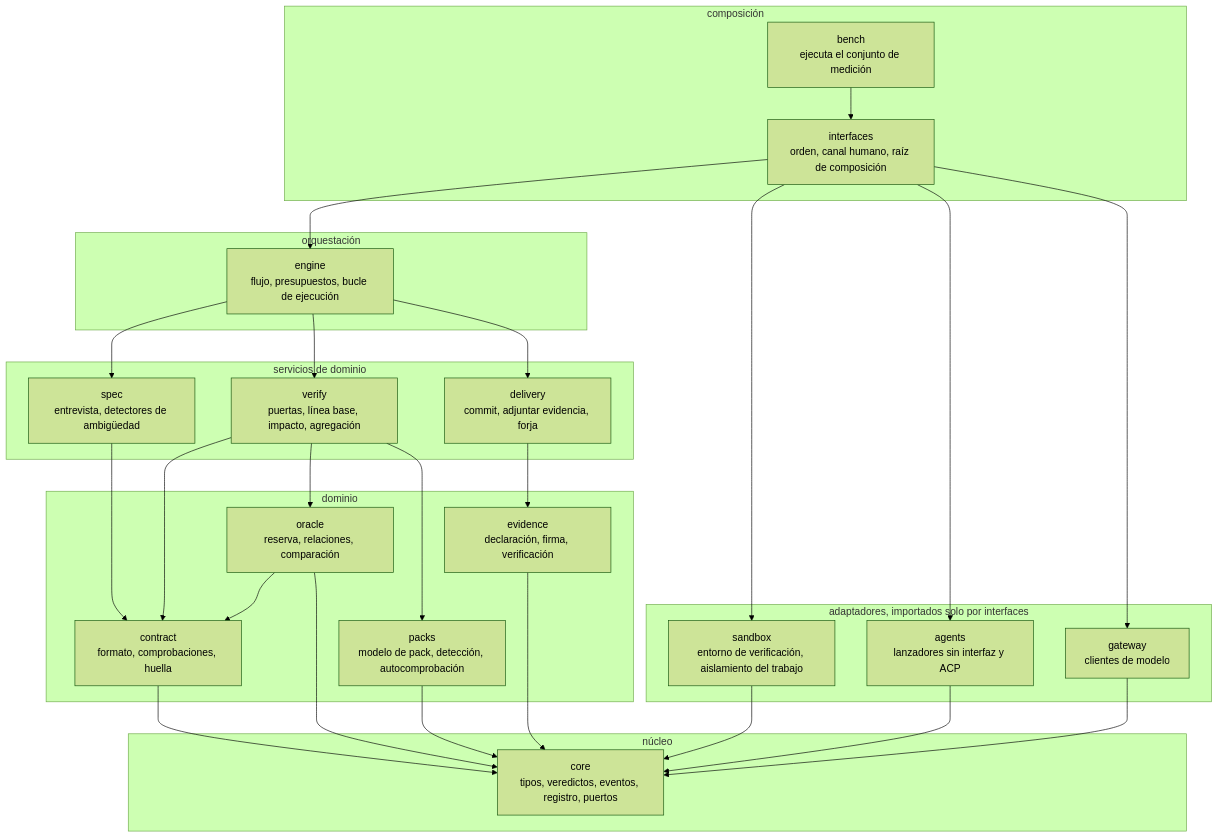
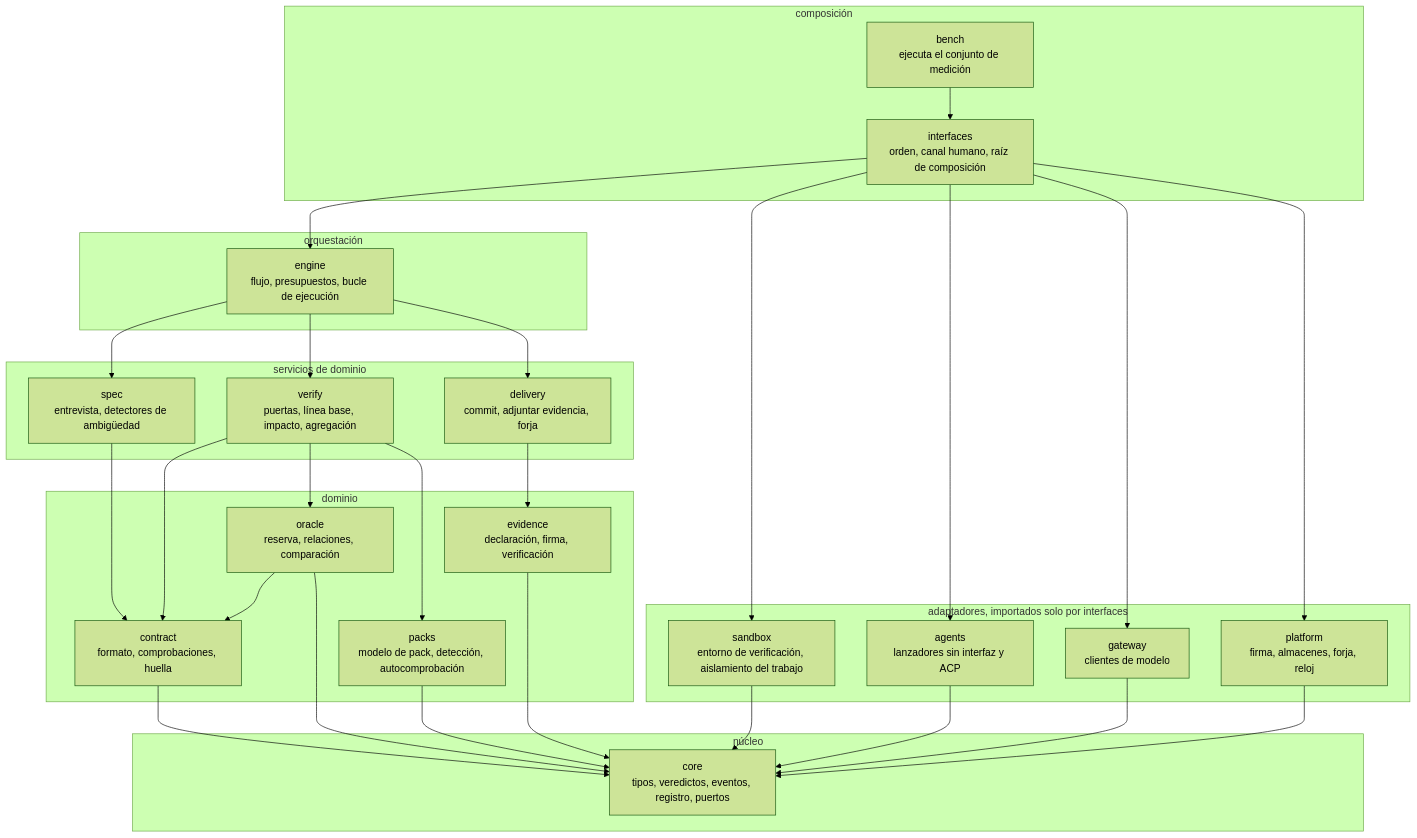
Before and after one commit to rafaranaz/raclab-dokime: the diagram in docs/architecture/02-modules.es.md, drawn with Mermaid (forest theme). The commit also changed other lines of this file and 7 other files, not shown here.

````diff
--- a/docs/architecture/02-modules.es.md
+++ b/docs/architecture/02-modules.es.md
@@ -8,51 +8,54 @@
 ```mermaid
 flowchart TB
     subgraph L4["composición"]
         interfaces["interfaces<br/>orden, canal humano, raíz de composición"]
         bench["bench<br/>ejecuta el conjunto de medición"]
     end
     subgraph L3["orquestación"]
         engine["engine<br/>flujo, presupuestos, bucle de ejecución"]
     end
     subgraph L2["servicios de dominio"]
         spec["spec<br/>entrevista, detectores de ambigüedad"]
         verify["verify<br/>puertas, línea base, impacto, agregación"]
         delivery["delivery<br/>commit, adjuntar evidencia, forja"]
     end
     subgraph L1["dominio"]
         contract["contract<br/>formato, comprobaciones, huella"]
         oracle["oracle<br/>reserva, relaciones, comparación"]
         evidence["evidence<br/>declaración, firma, verificación"]
         packs["packs<br/>modelo de pack, detección, autocomprobación"]
     end
     subgraph L0["núcleo"]
         core["core<br/>tipos, veredictos, eventos, registro, puertos"]
     end
     subgraph AD["adaptadores, importados solo por interfaces"]
         sandbox["sandbox<br/>entorno de verificación, aislamiento del trabajo"]
         agents["agents<br/>lanzadores sin interfaz y ACP"]
         gateway["gateway<br/>clientes de modelo"]
+        platform["platform<br/>firma, almacenes, forja, reloj"]
     end
 
     interfaces --> engine
     bench --> interfaces
     engine --> spec
     engine --> verify
     engine --> delivery
     spec --> contract
     verify --> contract
     verify --> oracle
     verify --> packs
     delivery --> evidence
     oracle --> contract
     contract --> core
     oracle --> core
     evidence --> core
     packs --> core
     interfaces --> sandbox
     interfaces --> agents
     interfaces --> gateway
+    interfaces --> platform
     sandbox --> core
     agents --> core
     gateway --> core
+    platform --> core
 ```
````
